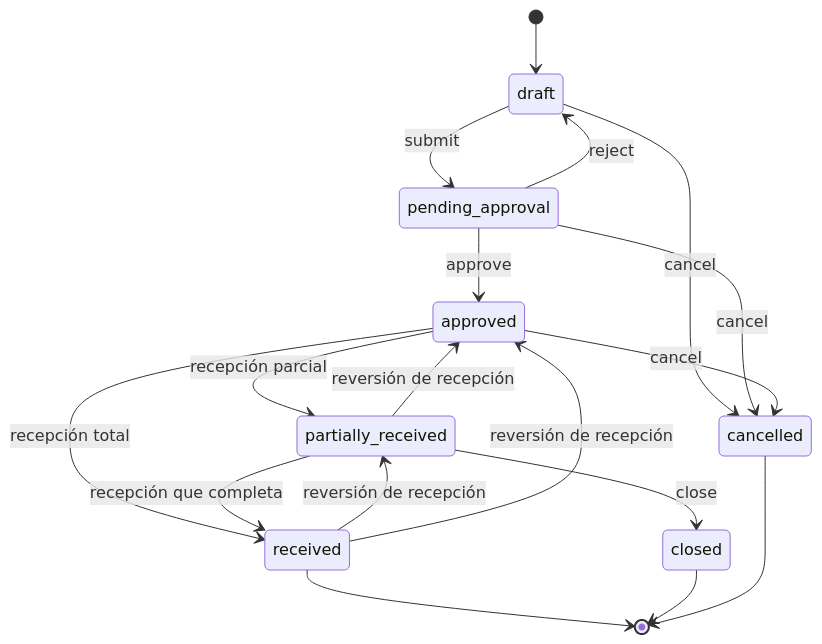
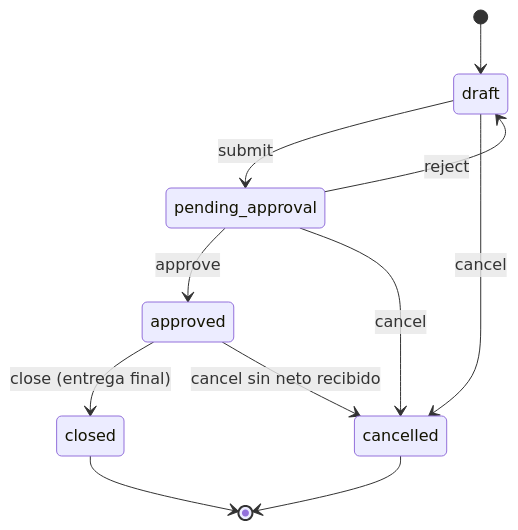
Before and after one commit to maruccimauro/Warehouse-Management-System: the second of 6 diagrams in docs/03-architecture/domain-model.md, drawn with Mermaid. The commit also changed other lines of this file and 4 other files, not shown here.

````diff
--- a/docs/03-architecture/domain-model.md
+++ b/docs/03-architecture/domain-model.md
@@ -87,20 +105,13 @@
 ```mermaid
 stateDiagram-v2
   [*] --> draft
   draft --> pending_approval: submit
   pending_approval --> approved: approve
   pending_approval --> draft: reject
-  approved --> partially_received: recepción parcial
-  approved --> received: recepción total
-  partially_received --> received: recepción que completa
-  partially_received --> closed: close
+  approved --> closed: close (entrega final)
   draft --> cancelled: cancel
   pending_approval --> cancelled: cancel
-  approved --> cancelled: cancel
-  partially_received --> approved: reversión de recepción
-  received --> partially_received: reversión de recepción
-  received --> approved: reversión de recepción
-  received --> [*]
+  approved --> cancelled: cancel sin neto recibido
   closed --> [*]
   cancelled --> [*]
 ```
````
